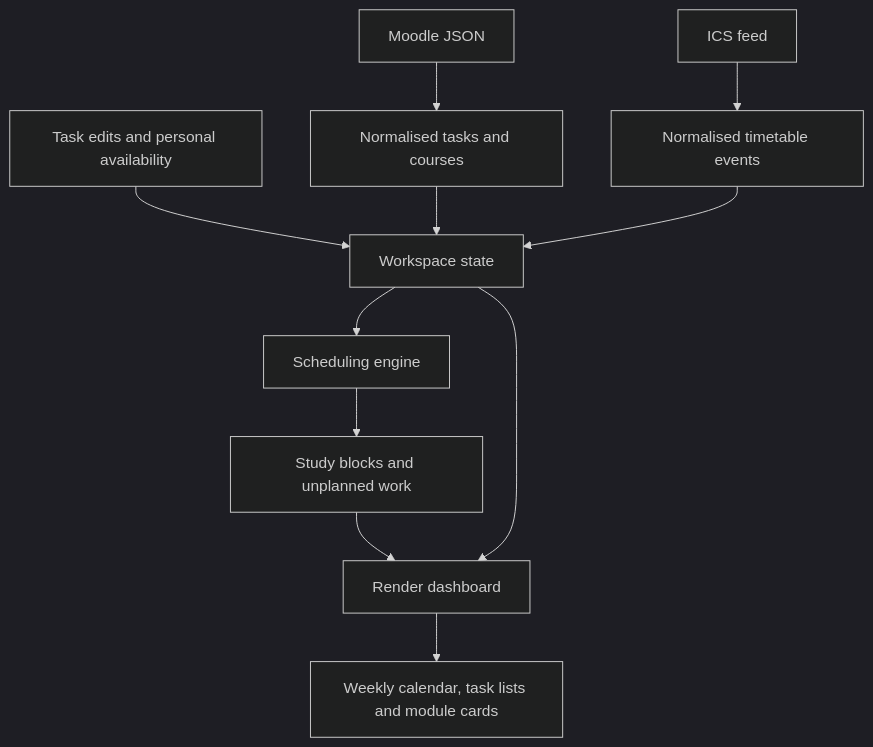
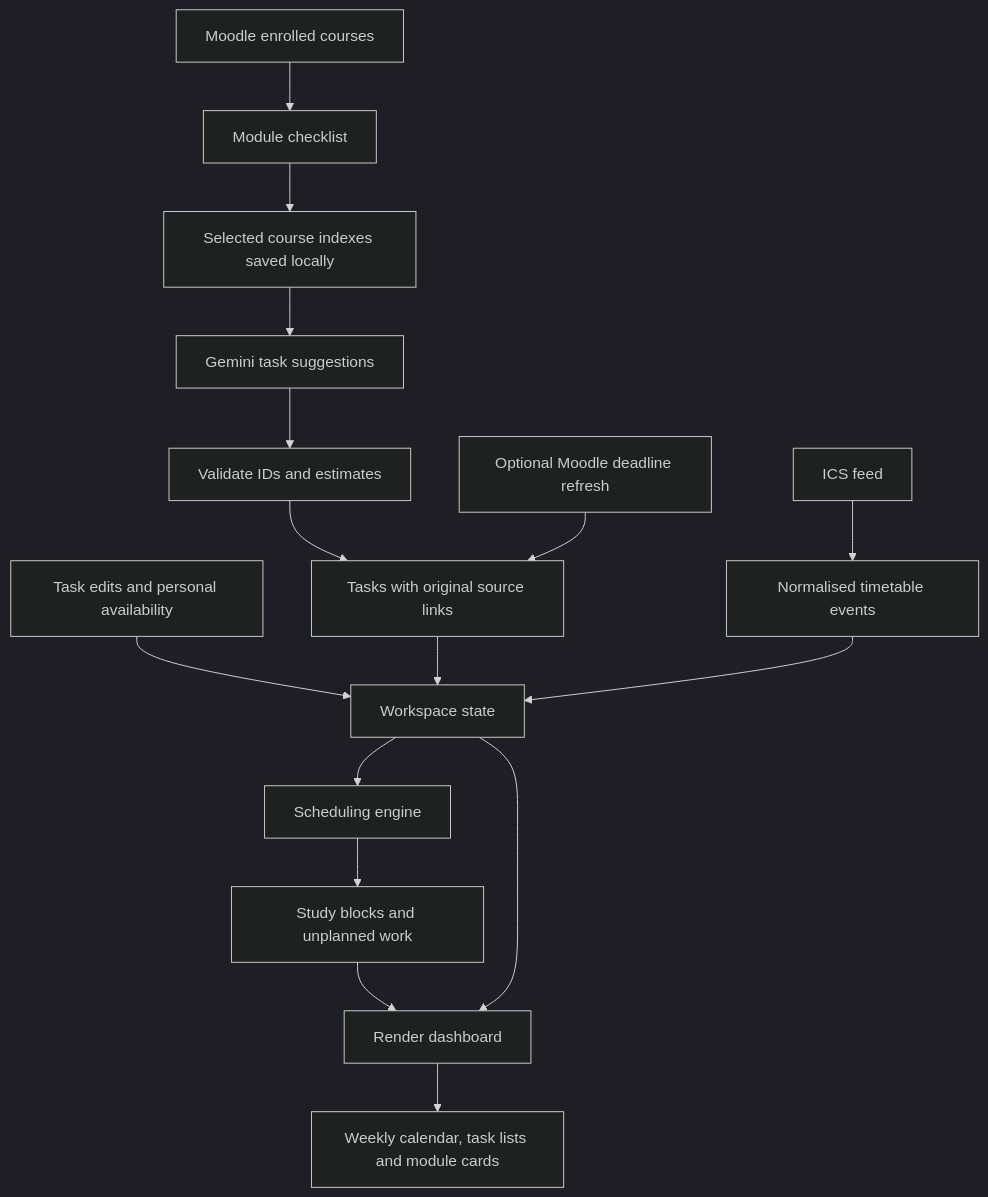
The diagram in docs/03-ui-and-data-assignment.md (teo-montero/scheduler), drawn with Mermaid (dark theme) before and after one commit. The commit also changed other lines of this file and 42 other files, not shown here.

Commit message:
Wire setup to modular Moodle, timetable and Gemini planning

````diff
--- a/docs/03-ui-and-data-assignment.md
+++ b/docs/03-ui-and-data-assignment.md
@@ -82,13 +86,18 @@
 ```mermaid
 flowchart TD
-    M[Moodle JSON] --> T[Normalised tasks and courses]
+    M[Moodle enrolled courses] --> C[Module checklist]
+    C --> F[Selected course indexes saved locally]
+    F --> AI[Gemini task suggestions]
+    AI --> V[Validate IDs and estimates]
+    V --> T[Tasks with original source links]
+    D[Optional Moodle deadline refresh] --> T
     I[ICS feed] --> E[Normalised timetable events]
     U[Task edits and personal availability] --> S[Workspace state]
     T --> S
     E --> S
     S --> A[Scheduling engine]
     A --> B[Study blocks and unplanned work]
     B --> R[Render dashboard]
     S --> R
     R --> W[Weekly calendar, task lists and module cards]
 ```
````
